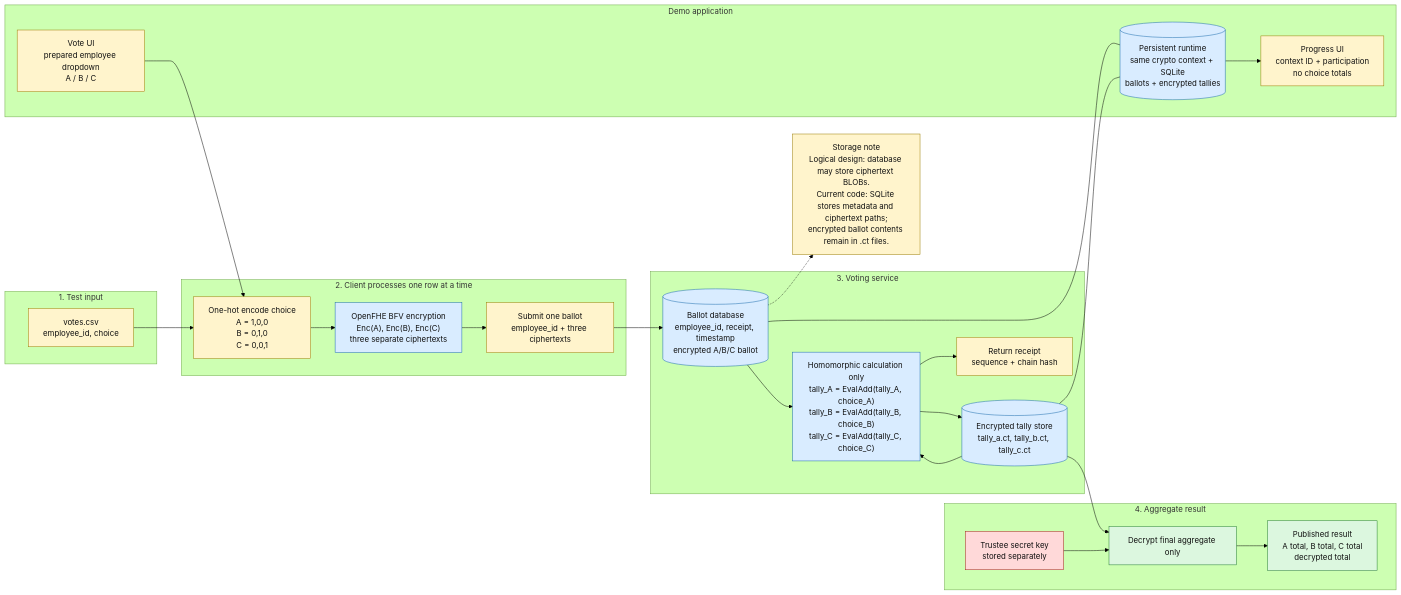
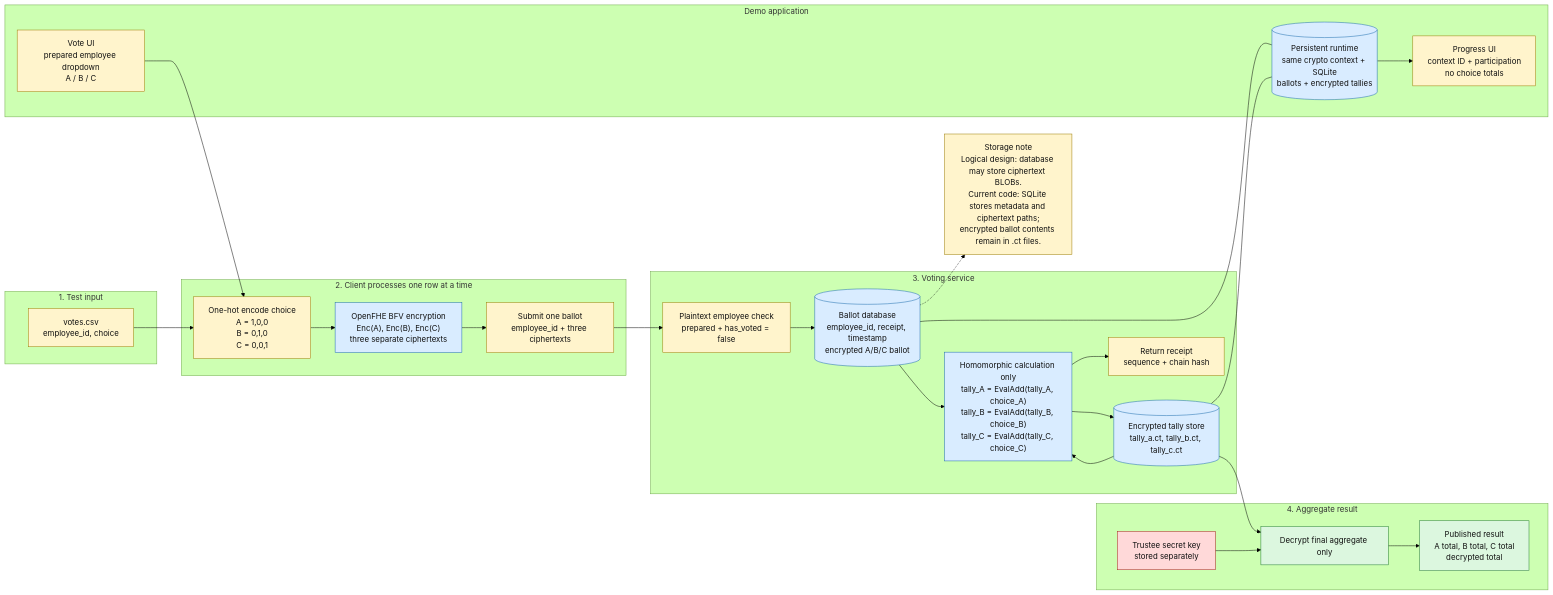
The diagram in HE_VOTING_OVERVIEW.mmd (Nhatcao1/he_voting), drawn with Mermaid (forest theme) before and after one commit. The commit also changed 7 other files, not shown here.

```diff
--- a/HE_VOTING_OVERVIEW.mmd
+++ b/HE_VOTING_OVERVIEW.mmd
@@ -1,59 +1,61 @@
 flowchart LR
     subgraph INPUT["1. Test input"]
         VOTES["votes.csv<br/>employee_id, choice"]
     end
 
     subgraph CLIENT["2. Client processes one row at a time"]
         ENCODE["One-hot encode choice<br/>A = 1,0,0<br/>B = 0,1,0<br/>C = 0,0,1"]
         ENCRYPT["OpenFHE BFV encryption<br/>Enc(A), Enc(B), Enc(C)<br/>three separate ciphertexts"]
         REQUEST["Submit one ballot<br/>employee_id + three ciphertexts"]
     end
 
     subgraph SERVER["3. Voting service"]
+        CHECK["Plaintext employee check<br/>prepared + has_voted = false"]
         BALLOTDB[("Ballot database<br/>employee_id, receipt, timestamp<br/>encrypted A/B/C ballot")]
         TALLY[("Encrypted tally store<br/>tally_a.ct, tally_b.ct, tally_c.ct")]
         ADD["Homomorphic calculation only<br/>tally_A = EvalAdd(tally_A, choice_A)<br/>tally_B = EvalAdd(tally_B, choice_B)<br/>tally_C = EvalAdd(tally_C, choice_C)"]
         RECEIPT["Return receipt<br/>sequence + chain hash"]
     end
 
     subgraph APP["Demo application"]
         UI["Vote UI<br/>prepared employee dropdown<br/>A / B / C"]
         PVC[("Persistent runtime<br/>same crypto context + SQLite<br/>ballots + encrypted tallies")]
         ADMIN["Progress UI<br/>context ID + participation<br/>no choice totals"]
     end
 
     subgraph TRUSTEE["4. Aggregate result"]
         SECRET["Trustee secret key<br/>stored separately"]
         DECRYPT["Decrypt final aggregate only"]
         RESULT["Published result<br/>A total, B total, C total<br/>decrypted total"]
     end
 
     VOTES --> ENCODE
     UI --> ENCODE
     ENCODE --> ENCRYPT
     ENCRYPT --> REQUEST
-    REQUEST --> BALLOTDB
+    REQUEST --> CHECK
+    CHECK --> BALLOTDB
     BALLOTDB --> ADD
     TALLY --> ADD
     ADD --> TALLY
     ADD --> RECEIPT
 
     TALLY --> DECRYPT
     SECRET --> DECRYPT
     DECRYPT --> RESULT
     BALLOTDB --- PVC
     TALLY --- PVC
     PVC --> ADMIN
 
     NOTE["Storage note<br/>Logical design: database may store ciphertext BLOBs.<br/>Current code: SQLite stores metadata and ciphertext paths;<br/>encrypted ballot contents remain in .ct files."]
     BALLOTDB -.-> NOTE
 
     classDef plain fill:#fff4cc,stroke:#9a7b00,color:#111;
     classDef encrypted fill:#d9ecff,stroke:#1769aa,color:#111;
     classDef secret fill:#ffd9d9,stroke:#a61b1b,color:#111;
     classDef output fill:#dcf7df,stroke:#237a32,color:#111;
 
-    class VOTES,UI,ENCODE,REQUEST,RECEIPT,ADMIN,NOTE plain;
+    class VOTES,UI,ENCODE,REQUEST,CHECK,RECEIPT,ADMIN,NOTE plain;
     class ENCRYPT,BALLOTDB,TALLY,ADD,PVC encrypted;
     class SECRET secret;
     class DECRYPT,RESULT output;
```
